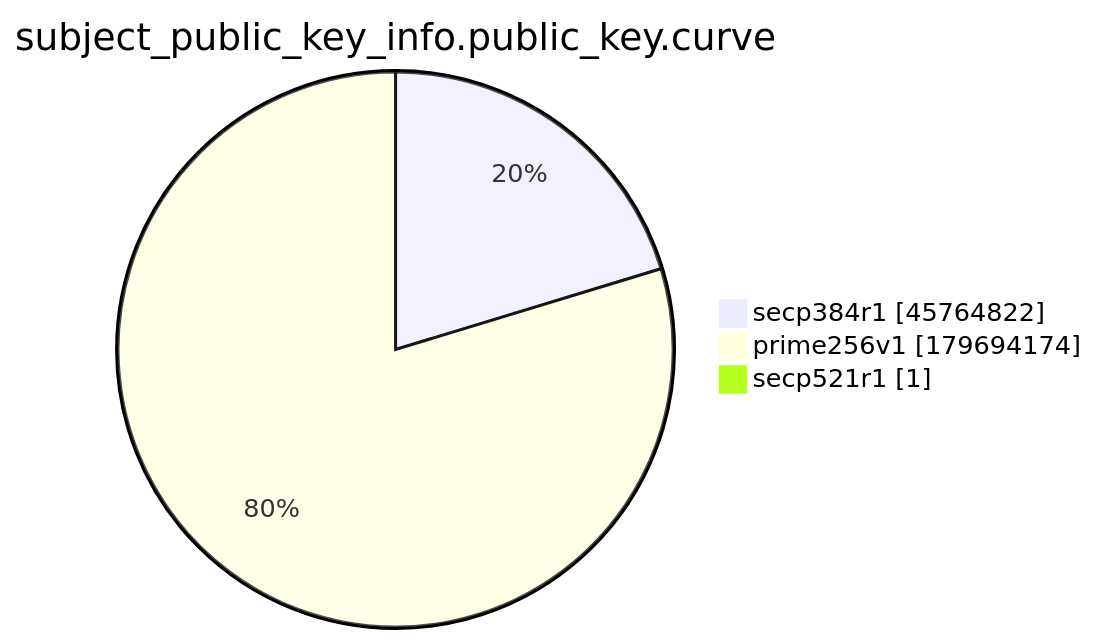
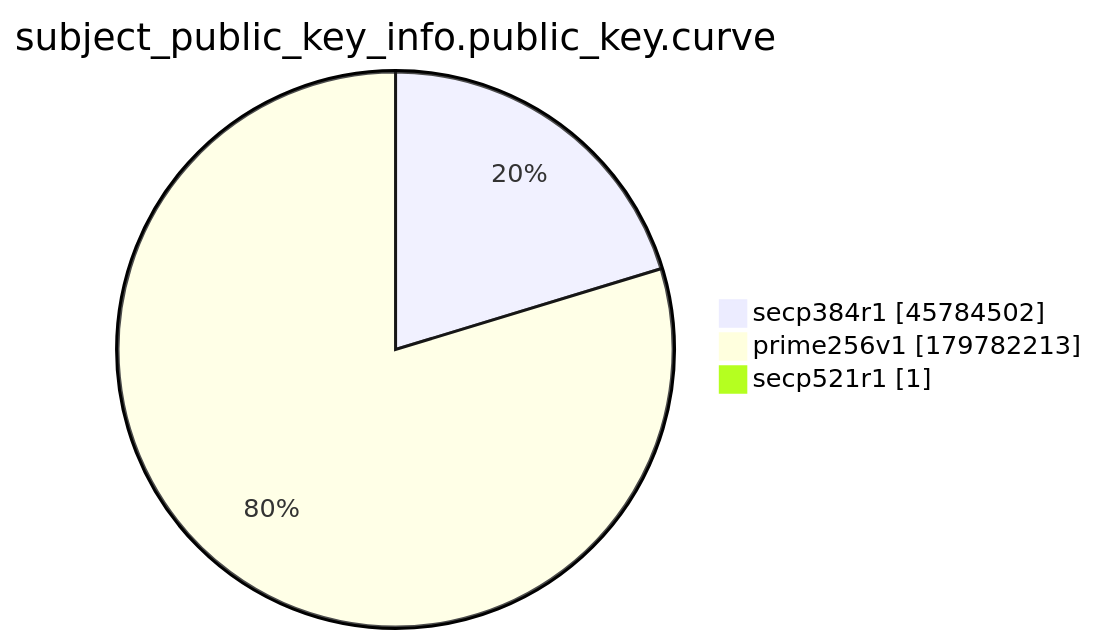
The ninth of 15 diagrams in xenon2022/README.md (christiankrug/ctmonitor_visualization), drawn with Mermaid before and after one commit. The commit also changed other lines of this file, not shown here.

````diff
--- a/xenon2022/README.md
+++ b/xenon2022/README.md
@@ -2873,7 +2873,7 @@
 ```mermaid
 pie showData
 title subject_public_key_info.public_key.curve
-"secp384r1" :45764822
-"prime256v1" :179694174
+"secp384r1" :45784502
+"prime256v1" :179782213
 "secp521r1" :1
 ```
````
